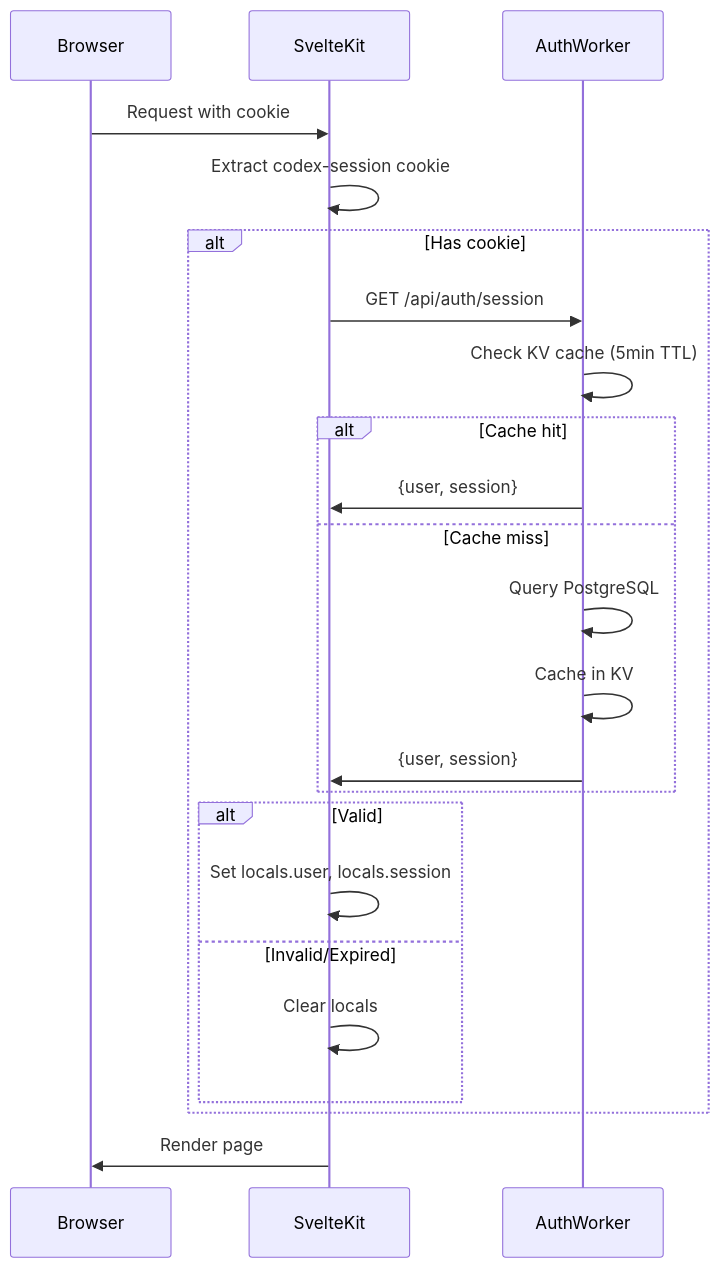
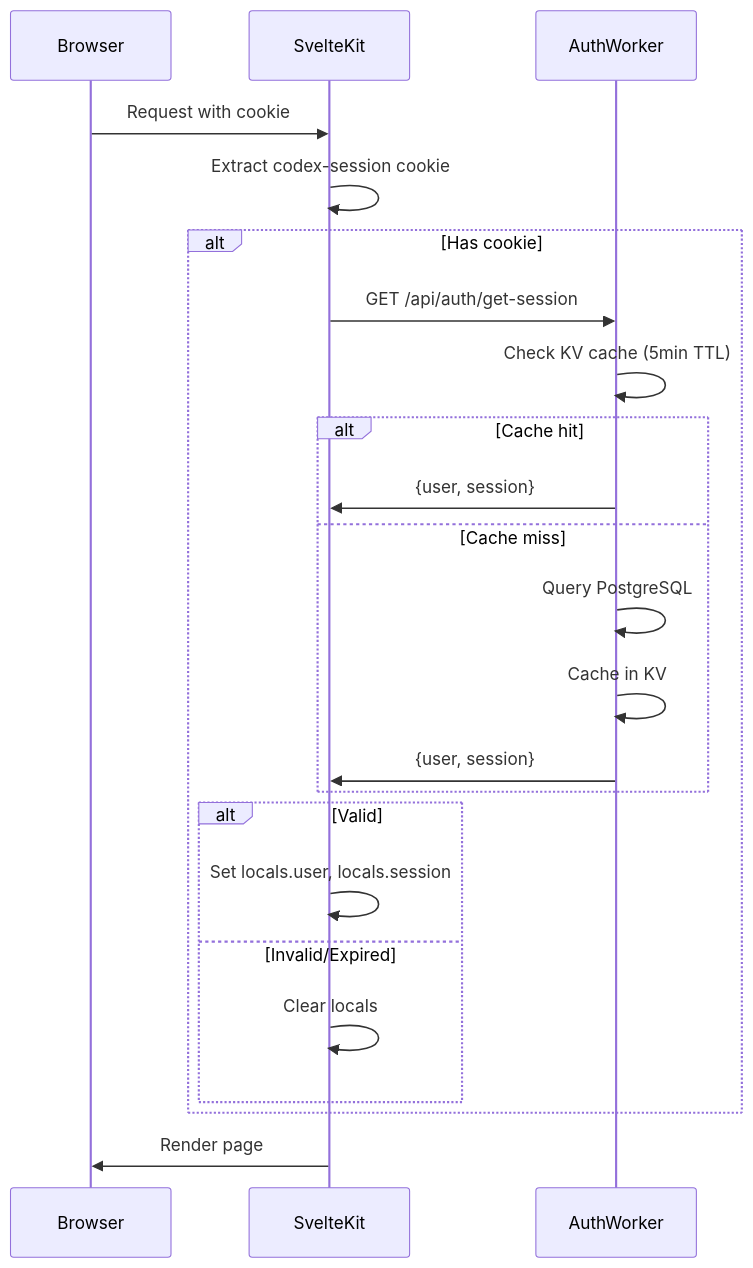
One commit to brucemckayone/codex changed the second of 8 diagrams in design/frontend/AUTH.md. Above: the diagram before and after it, drawn with Mermaid. The commit also changed other lines of this file and 7 other files, not shown here.

````diff
--- a/design/frontend/AUTH.md
+++ b/design/frontend/AUTH.md
@@ -66,28 +66,28 @@
 ```mermaid
 sequenceDiagram
     participant Browser
     participant SvelteKit
     participant AuthWorker
 
     Browser->>SvelteKit: Request with cookie
     SvelteKit->>SvelteKit: Extract codex-session cookie
 
     alt Has cookie
-        SvelteKit->>AuthWorker: GET /api/auth/session
+        SvelteKit->>AuthWorker: GET /api/auth/get-session
         AuthWorker->>AuthWorker: Check KV cache (5min TTL)
         alt Cache hit
             AuthWorker->>SvelteKit: {user, session}
         else Cache miss
             AuthWorker->>AuthWorker: Query PostgreSQL
             AuthWorker->>AuthWorker: Cache in KV
             AuthWorker->>SvelteKit: {user, session}
         end
         alt Valid
             SvelteKit->>SvelteKit: Set locals.user, locals.session
         else Invalid/Expired
             SvelteKit->>SvelteKit: Clear locals
         end
     end
 
     SvelteKit->>Browser: Render page
 ```
````
